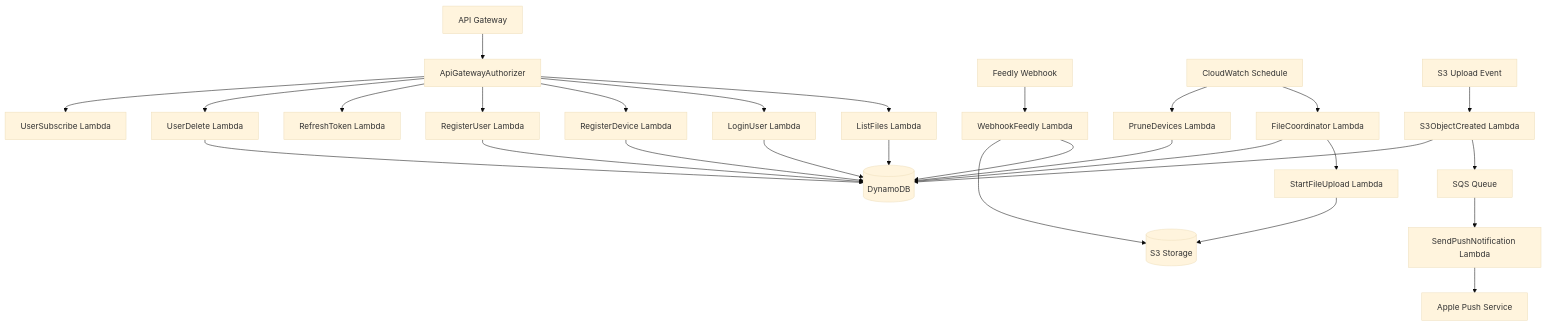
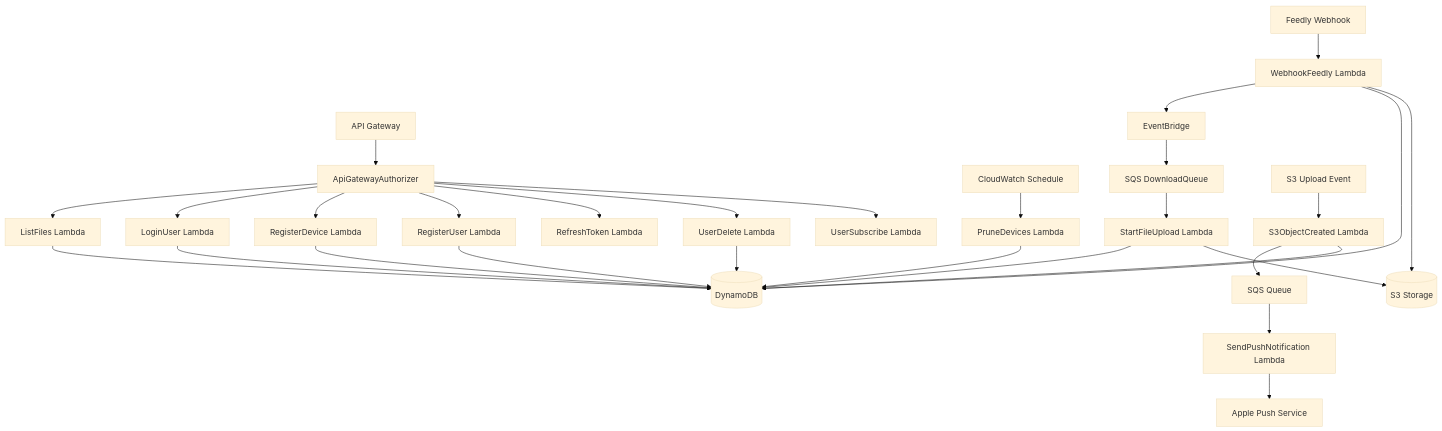
One commit to j0nathan-ll0yd/aws-cloudformation-media-downloader changed the first of 2 diagrams in AGENTS.md. Above: the diagram before and after it, drawn with Mermaid (base theme). The commit also changed other lines of this file and 2 other files, not shown here.

Commit message:
docs: update documentation for event-driven architecture

````diff
--- a/AGENTS.md
+++ b/AGENTS.md
@@ -82,42 +82,43 @@
 ```mermaid
 graph TD
     %% External Triggers
     API[API Gateway] --> Authorizer[ApiGatewayAuthorizer]
     Authorizer --> ListFiles[ListFiles Lambda]
     Authorizer --> LoginUser[LoginUser Lambda]
     Authorizer --> RegisterDevice[RegisterDevice Lambda]
     Authorizer --> RegisterUser[RegisterUser Lambda]
     Authorizer --> RefreshToken[RefreshToken Lambda]
     Authorizer --> UserDelete[UserDelete Lambda]
     Authorizer --> UserSubscribe[UserSubscribe Lambda]
 
     Feedly[Feedly Webhook] --> WebhookFeedly[WebhookFeedly Lambda]
 
     %% Scheduled Tasks
-    Schedule[CloudWatch Schedule] --> FileCoordinator[FileCoordinator Lambda]
-    Schedule --> PruneDevices[PruneDevices Lambda]
+    Schedule[CloudWatch Schedule] --> PruneDevices[PruneDevices Lambda]
 
-    %% Lambda Invocations
-    FileCoordinator --> StartFileUpload[StartFileUpload Lambda]
+    %% Event-Driven Downloads
+    WebhookFeedly --> EventBridge[EventBridge]
+    EventBridge --> DownloadQueue[SQS DownloadQueue]
+    DownloadQueue --> StartFileUpload[StartFileUpload Lambda]
 
     %% S3 Triggers
     S3Upload[S3 Upload Event] --> S3ObjectCreated[S3ObjectCreated Lambda]
     S3ObjectCreated --> SQS[SQS Queue]
     SQS --> SendPushNotification[SendPushNotification Lambda]
 
     %% Data Stores
     ListFiles --> DDB[(DynamoDB)]
     LoginUser --> DDB
     RegisterDevice --> DDB
     RegisterUser --> DDB
     WebhookFeedly --> DDB
-    FileCoordinator --> DDB
     UserDelete --> DDB
     PruneDevices --> DDB
     S3ObjectCreated --> DDB
+    StartFileUpload --> DDB
 
     StartFileUpload --> S3Storage[(S3 Storage)]
     WebhookFeedly --> S3Storage
 
     SendPushNotification --> APNS[Apple Push Service]
 ```
````
